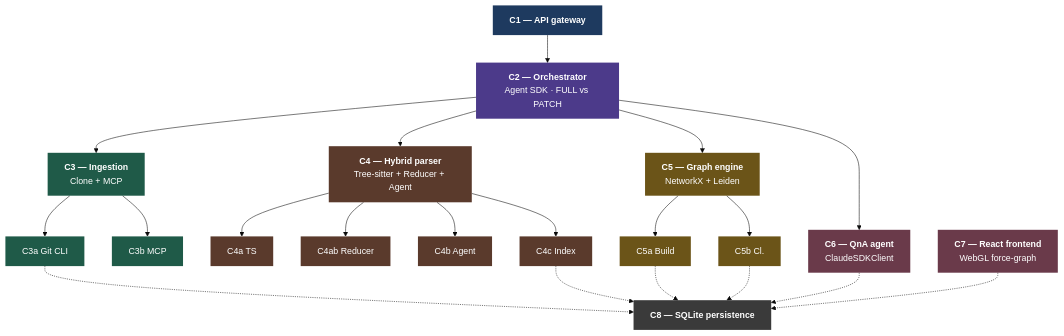
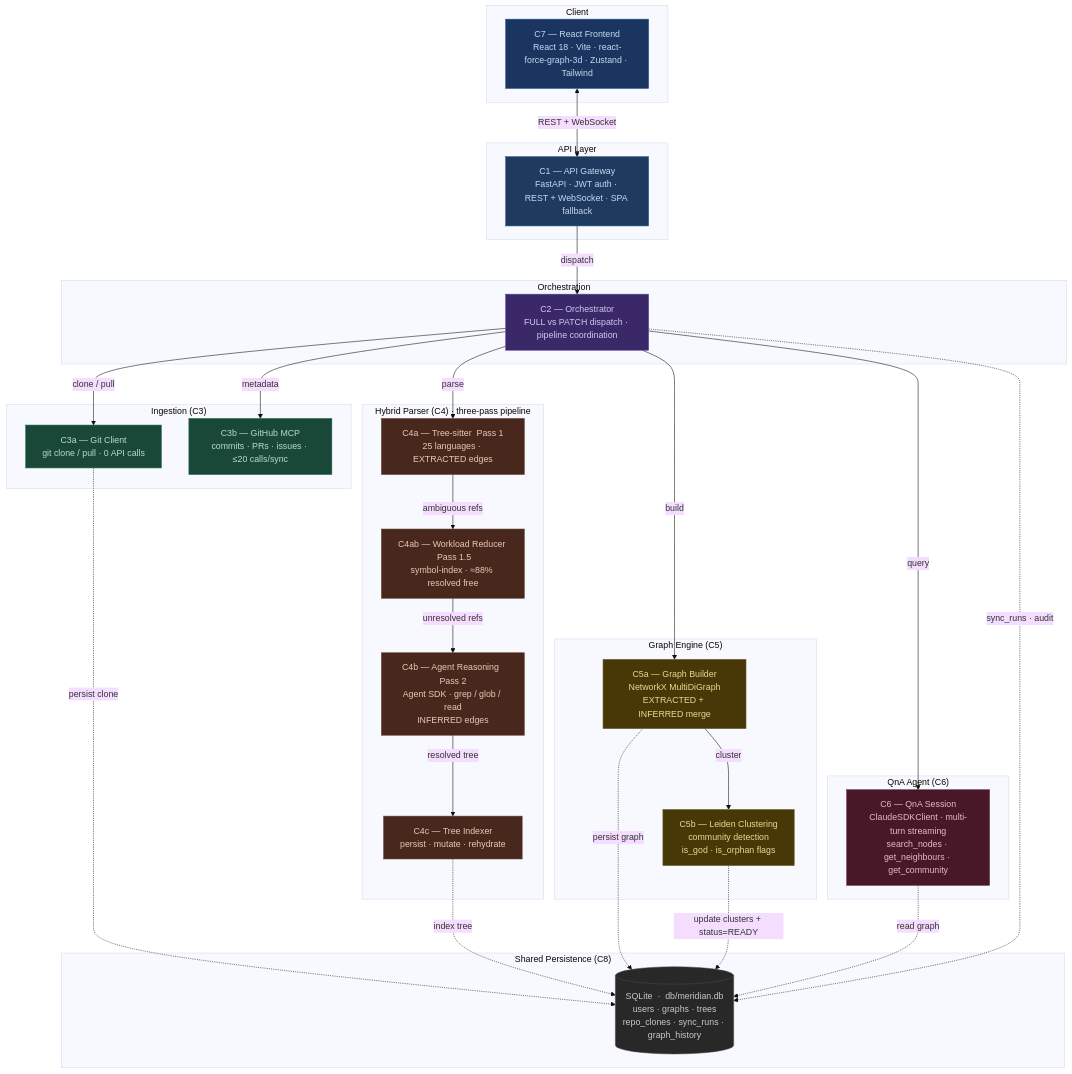
The diagram in README.md (arkapatra31/meridian), drawn with Mermaid (base theme) before and after one commit. The commit also changed other lines of this file and 14 other files, not shown here.

````diff
--- a/README.md
+++ b/README.md
@@ -22,63 +22,76 @@
 ```mermaid
-flowchart TD
-    C1["<b>C1 — API gateway</b>"]
-    C2["<b>C2 — Orchestrator</b><br/>Agent SDK · FULL vs PATCH"]
+graph TB
+    subgraph CLIENT["Client"]
+        C7["C7 — React Frontend\nReact 18 · Vite · react-force-graph-3d · Zustand · Tailwind"]
+    end
 
-    C3["<b>C3 — Ingestion</b><br/>Clone + MCP"]
-    C3a["C3a Git CLI"]
-    C3b["C3b MCP"]
+    subgraph GATEWAY["API Layer"]
+        C1["C1 — API Gateway\nFastAPI · JWT auth · REST + WebSocket · SPA fallback"]
+    end
 
-    C4["<b>C4 — Hybrid parser</b><br/>Tree-sitter + Reducer + Agent"]
-    C4a["C4a TS"]
-    C4ab["C4ab Reducer"]
-    C4b["C4b Agent"]
-    C4c["C4c Index"]
+    subgraph ORCH["Orchestration"]
+        C2["C2 — Orchestrator\nFULL vs PATCH dispatch · pipeline coordination"]
+    end
 
-    C5["<b>C5 — Graph engine</b><br/>NetworkX + Leiden"]
-    C5a["C5a Build"]
-    C5b["C5b Cl."]
+    subgraph INGESTION["Ingestion  (C3)"]
+        C3a["C3a — Git Client\ngit clone / pull · 0 API calls"]
+        C3b["C3b — GitHub MCP\ncommits · PRs · issues · ≤20 calls/sync"]
+    end
 
-    C6["<b>C6 — QnA agent</b><br/>ClaudeSDKClient"]
-    C7["<b>C7 — React frontend</b><br/>WebGL force-graph"]
-    C8["<b>C8 — SQLite persistence</b>"]
+    subgraph PARSING["Hybrid Parser  (C4)  ·  three-pass pipeline"]
+        C4a["C4a — Tree-sitter  Pass 1\n25 languages · EXTRACTED edges"]
+        C4ab["C4ab — Workload Reducer  Pass 1.5\nsymbol-index · ≈88% resolved free"]
+        C4b["C4b — Agent Reasoning  Pass 2\nAgent SDK · grep / glob / read\nINFERRED edges"]
+        C4c["C4c — Tree Indexer\npersist · mutate · rehydrate"]
+    end
 
-    C1 --> C2
-    C2 --> C3
-    C2 --> C4
-    C2 --> C5
-    C2 --> C6
+    subgraph GRAPH["Graph Engine  (C5)"]
+        C5a["C5a — Graph Builder\nNetworkX MultiDiGraph\nEXTRACTED + INFERRED merge"]
+        C5b["C5b — Leiden Clustering\ncommunity detection\nis_god · is_orphan flags"]
+    end
 
-    C3 --> C3a
-    C3 --> C3b
+    subgraph QNA["QnA Agent  (C6)"]
+        C6["C6 — QnA Session\nClaudeSDKClient · multi-turn streaming\nsearch_nodes · get_neighbours · get_community"]
+    end
 
-    C4 --> C4a
-    C4 --> C4ab
-    C4 --> C4b
-    C4 --> C4c
+    subgraph DB["Shared Persistence  (C8)"]
+        C8[("SQLite  ·  db/meridian.db\nusers · graphs · trees\nrepo_clones · sync_runs · graph_history")]
+    end
 
-    C5 --> C5a
-    C5 --> C5b
+    C7 <-->|REST + WebSocket| C1
+    C1 -->|dispatch| C2
+    C2 -->|clone / pull| C3a
+    C2 -->|metadata| C3b
+    C2 -->|parse| C4a
+    C4a -->|ambiguous refs| C4ab
+    C4ab -->|unresolved refs| C4b
+    C4b -->|resolved tree| C4c
+    C2 -->|build| C5a
+    C5a -->|cluster| C5b
+    C2 -->|query| C6
 
-    C3a -.-> C8
-    C4c -.-> C8
-    C5a -.-> C8
-    C5b -.-> C8
-    C6  -.-> C8
-    C7  -.-> C8
+    C3a -. "persist clone" .-> C8
+    C4c -. "index tree" .-> C8
+    C5a -. "persist graph" .-> C8
+    C5b -. "update clusters + status=READY" .-> C8
+    C6  -. "read graph" .-> C8
+    C2  -. "sync_runs · audit" .-> C8
 
-    classDef gateway     fill:#1e3a5f,color:#fff,stroke:none
-    classDef orchestrate fill:#4c3a8a,color:#fff,stroke:none
-    classDef ingestion   fill:#1f5a48,color:#fff,stroke:none
-    classDef parser      fill:#5a3a2c,color:#fff,stroke:none
-    classDef engine      fill:#6b5418,color:#fff,stroke:none
-    classDef output      fill:#6a3a4a,color:#fff,stroke:none
-    classDef persistence fill:#3a3a3a,color:#fff,stroke:none
+    classDef client      fill:#1a3560,color:#c8d8f0,stroke:#2d5090,stroke-width:1px
+    classDef gateway     fill:#1e3a5f,color:#c8d8f0,stroke:#2d5a8f,stroke-width:1px
+    classDef orchestrate fill:#3a2868,color:#d0c8f0,stroke:#5a48a0,stroke-width:1px
+    classDef ingestion   fill:#1a4838,color:#b8dcc8,stroke:#286850,stroke-width:1px
+    classDef parser      fill:#48281c,color:#e8c8b8,stroke:#684838,stroke-width:1px
+    classDef engine      fill:#483808,color:#e8d890,stroke:#686028,stroke-width:1px
+    classDef qna         fill:#481828,color:#e8b8c8,stroke:#683848,stroke-width:1px
+    classDef persistence fill:#282828,color:#c8c8c8,stroke:#484848,stroke-width:1px
 
+    class C7 client
     class C1 gateway
     class C2 orchestrate
-    class C3,C3a,C3b ingestion
-    class C4,C4a,C4ab,C4b,C4c parser
-    class C5,C5a,C5b engine
-    class C6,C7 output
+    class C3a,C3b ingestion
+    class C4a,C4ab,C4b,C4c parser
+    class C5a,C5b engine
+    class C6 qna
     class C8 persistence
 ```
````
